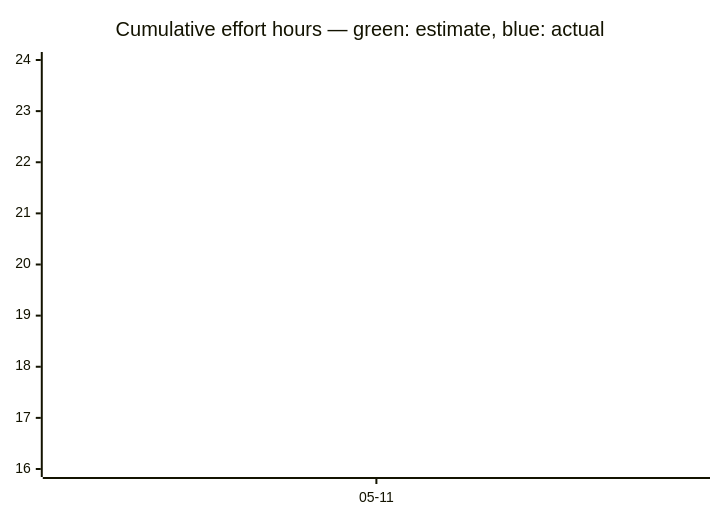
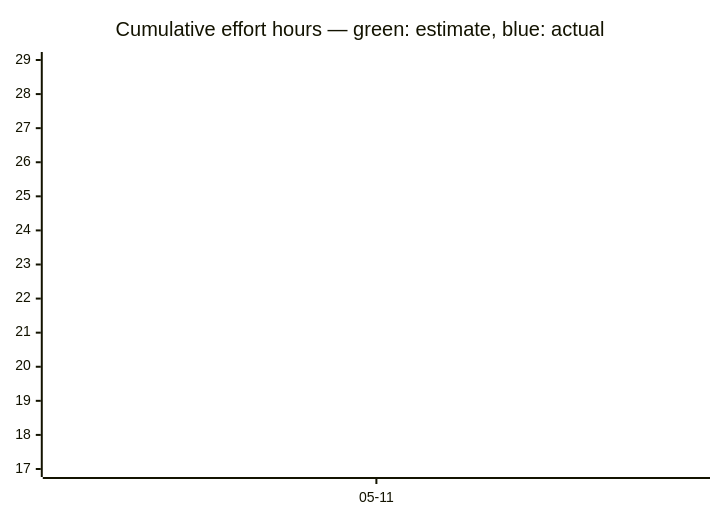
Before and after one commit to tgd1975/AwesomeGuitarPedal: the third of 3 diagrams in docs/developers/tasks/OVERVIEW.md, drawn with Mermaid. The commit also changed other lines of this file and 10 other files, not shown here.

First line of the commit message:
close TASK-379: profile schema accepts named-pin references (EPIC-029)

````diff
--- a/docs/developers/tasks/OVERVIEW.md
+++ b/docs/developers/tasks/OVERVIEW.md
@@ -40,7 +40,7 @@
 ```mermaid
 xychart-beta
     title "Cumulative effort hours — green: estimate, blue: actual"
     x-axis ["05-11"]
-    line [16]
-    line [24]
+    line [17]
+    line [29]
 ```
````
